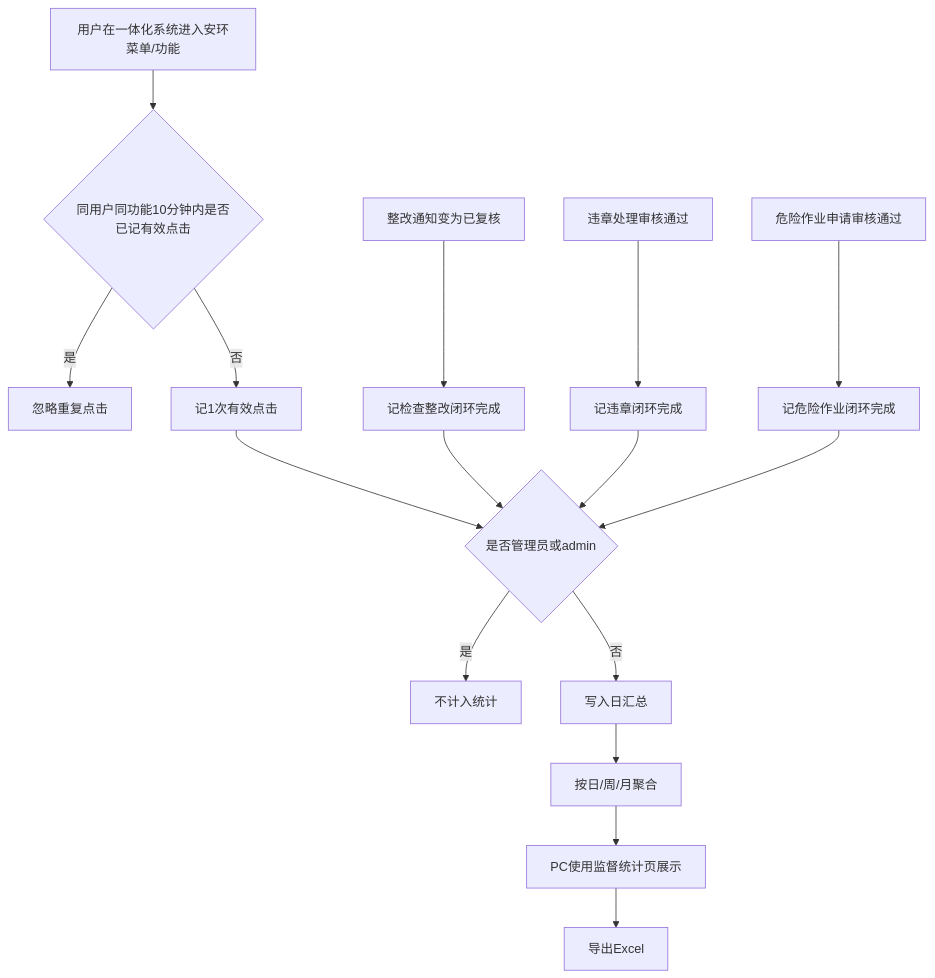
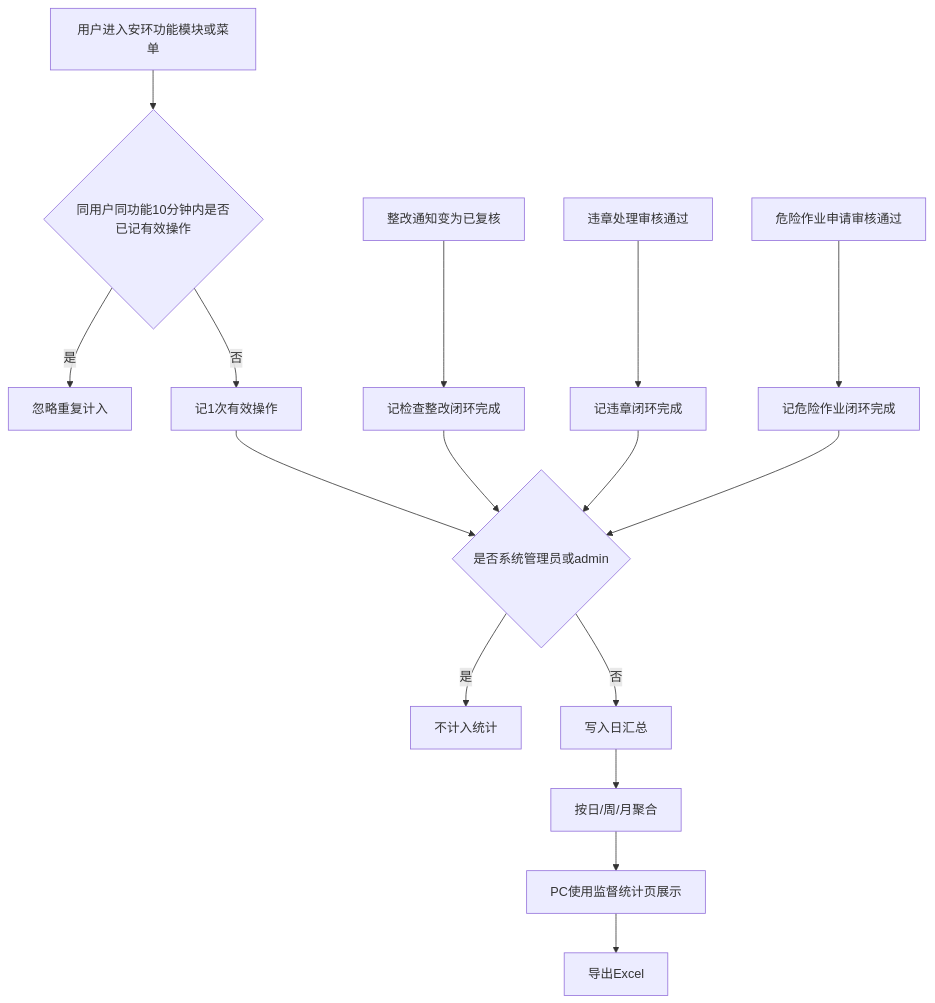
Before and after one commit to liaoliao66/SES: the first of 5 diagrams in docs/versions/v1.1.0/prd.md, drawn with Mermaid. The commit also changed other lines of this file and 4 other files, not shown here.

````diff
--- a/docs/versions/v1.1.0/prd.md
+++ b/docs/versions/v1.1.0/prd.md
@@ -60,18 +112,18 @@
 ```mermaid
 flowchart TD
-  A[用户在一体化系统进入安环菜单/功能] --> B{同用户同功能10分钟内是否已记有效点击}
-  B -->|是| C[忽略重复点击]
-  B -->|否| D[记1次有效点击]
+  A[用户进入安环功能模块或菜单] --> B{同用户同功能10分钟内是否已记有效操作}
+  B -->|是| C[忽略重复计入]
+  B -->|否| D[记1次有效操作]
   E[整改通知变为已复核] --> F[记检查整改闭环完成]
   G[违章处理审核通过] --> H[记违章闭环完成]
   I[危险作业申请审核通过] --> J[记危险作业闭环完成]
-  D --> K{是否管理员或admin}
+  D --> K{是否系统管理员或admin}
   F --> K
   H --> K
   J --> K
   K -->|是| L[不计入统计]
   K -->|否| M[写入日汇总]
   M --> N[按日/周/月聚合]
   N --> O[PC使用监督统计页展示]
   O --> P[导出Excel]
 ```
````
